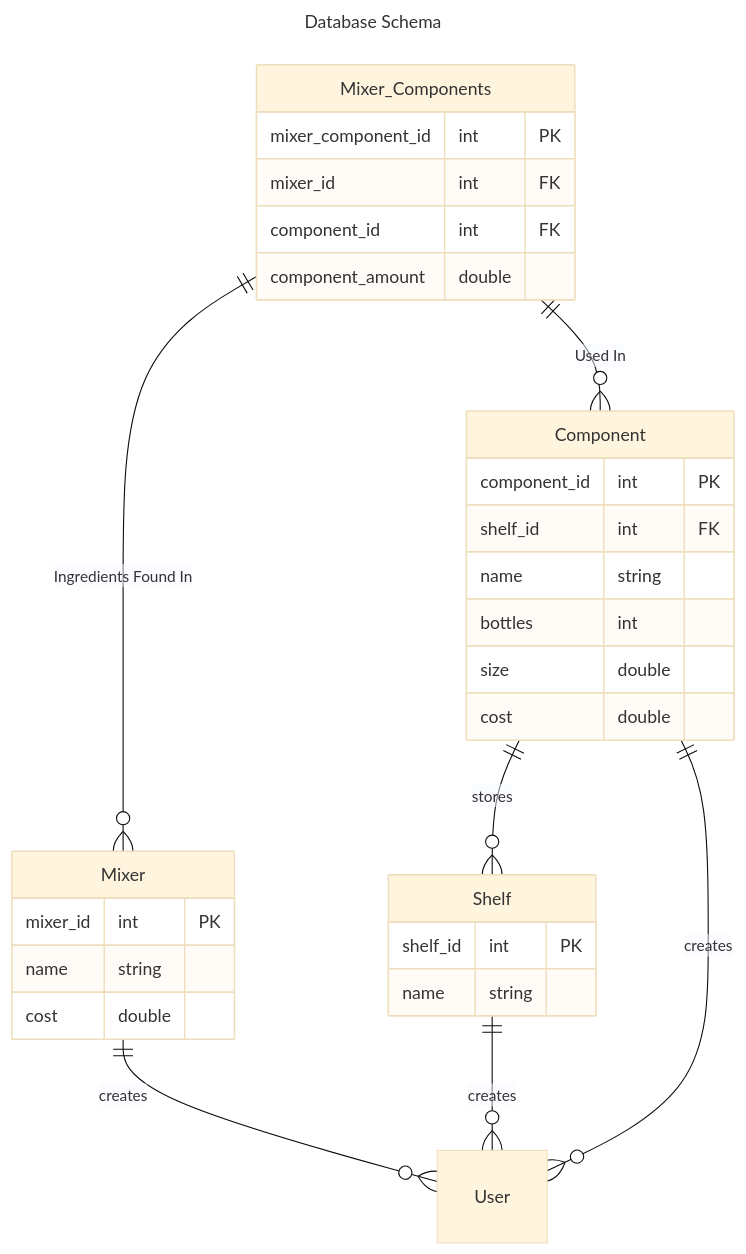
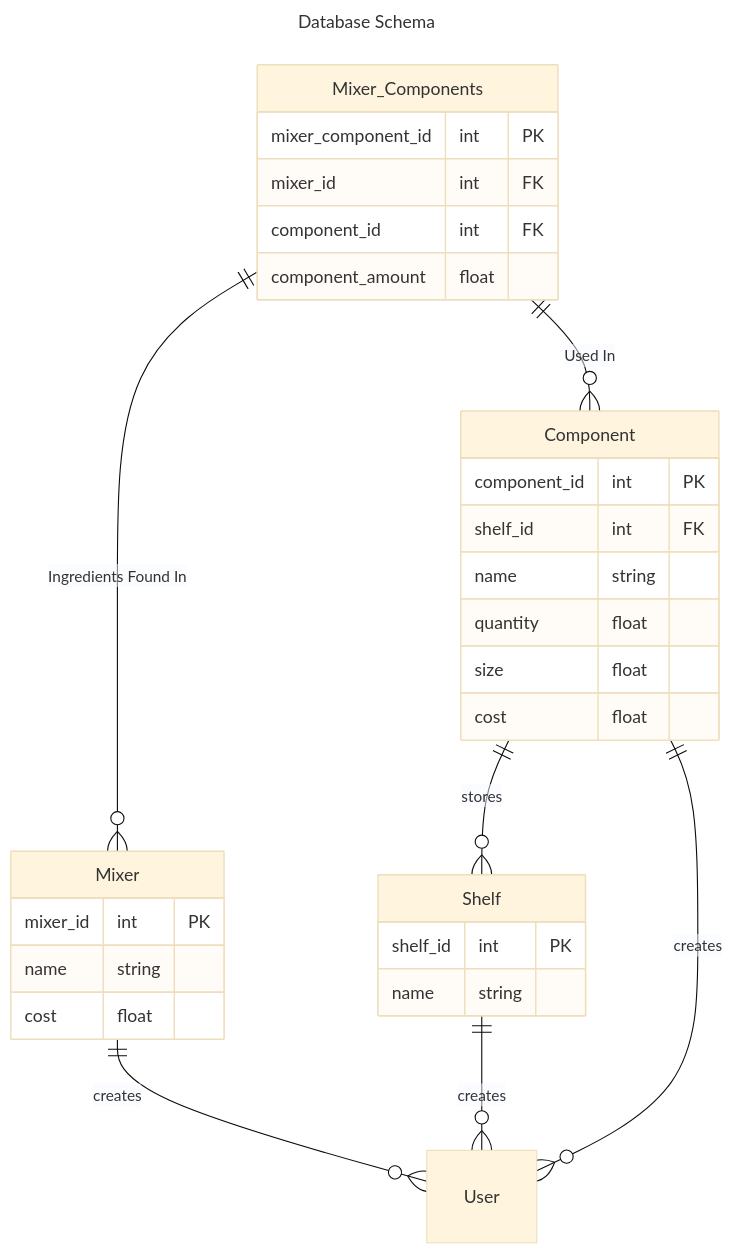
One commit to Maxwell-Schmidt/HomeBarInventory changed the diagram in DBSCHEMA.md. Above: the diagram before and after it, drawn with Mermaid (base theme). The commit also changed 1 other file, not shown here.

Commit message:
Finished Initial draft of commands used to setup DB, revised Schema

````diff
--- a/DBSCHEMA.md
+++ b/DBSCHEMA.md
@@ -5,43 +5,43 @@
 ```mermaid
 ---
 title: Database Schema
 ---
 erDiagram
 Mixer_Components ||--o{Component: "Used In"
 Mixer_Components ||--o{Mixer: "Ingredients Found In"
 Component ||--o{Shelf : "stores"
 Mixer ||--o{User : "creates"
 Shelf ||--o{User : "creates"
 Component ||--o{ User : "creates"
 
 User {}
 
 Component {
     component_id int PK
     shelf_id int FK
     name string
-    bottles int
-    size double
-    cost double
+    quantity float
+    size float
+    cost float
 }
 
 Shelf {
     shelf_id int PK
     name string
 }
 
 Mixer {
     mixer_id int PK
     name string
-    cost double
+    cost float
 }
 
 Mixer_Components {
     mixer_component_id int PK
     mixer_id int FK
     component_id int FK
-    component_amount double
+    component_amount float
 }
 
 
 ```
````
